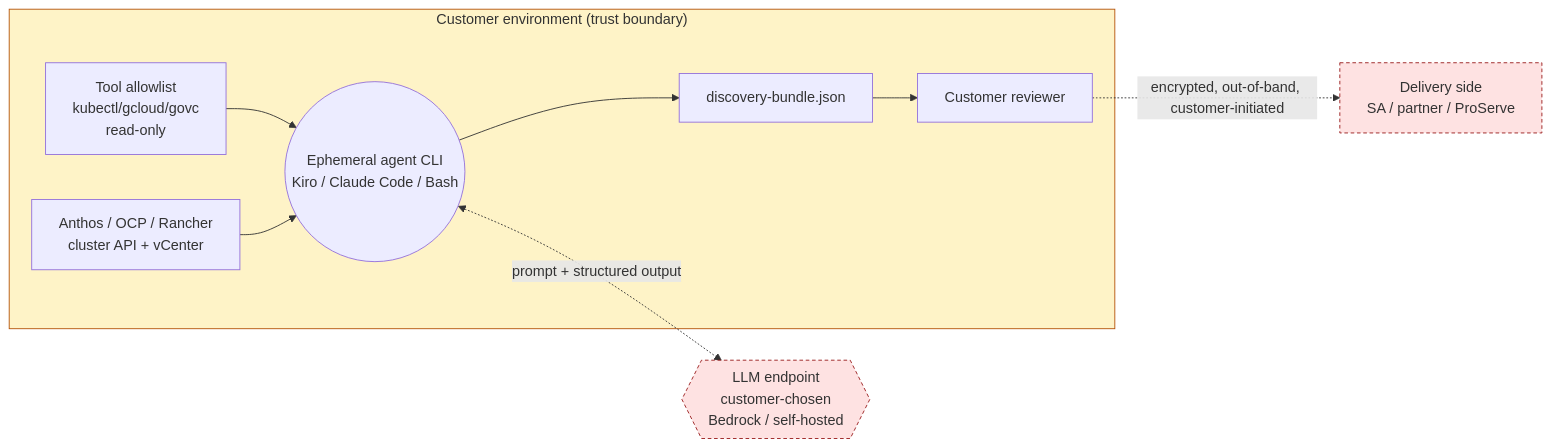
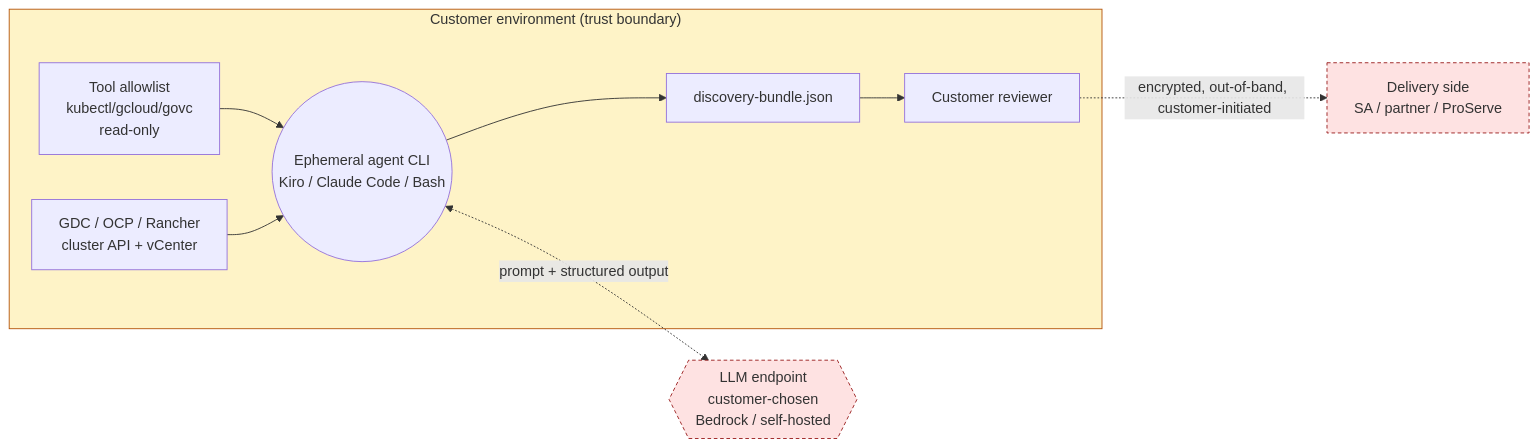
Before and after one commit to snese/agentic-container-migration-framework: the third of 4 diagrams in docs/architecture/diagrams.md, drawn with Mermaid. The commit also changed other lines of this file and 39 other files, not shown here.

````diff
--- a/docs/architecture/diagrams.md
+++ b/docs/architecture/diagrams.md
@@ -95,26 +96,26 @@
 ```mermaid
 flowchart LR
     subgraph CUST["Customer environment (trust boundary)"]
-        K[Anthos / OCP / Rancher<br/>cluster API + vCenter]
+        K[GDC / OCP / Rancher<br/>cluster API + vCenter]
         TA[Tool allowlist<br/>kubectl/gcloud/govc<br/>read-only]
         AG((Ephemeral agent CLI<br/>Kiro / Claude Code / Bash))
         BUN[discovery-bundle.json]
         H[Customer reviewer]
 
         TA --> AG
         K --> AG
         AG --> BUN
         BUN --> H
     end
 
     LLM{{LLM endpoint<br/>customer-chosen<br/>Bedrock / self-hosted}}
     AG <-.prompt + structured output.-> LLM
 
     DEL[Delivery side<br/>SA / partner / ProServe]
     H -.encrypted, out-of-band, customer-initiated.-> DEL
 
     classDef trust fill:#fef3c7,stroke:#b45309;
     classDef ext fill:#fee2e2,stroke:#991b1b,stroke-dasharray:4 3;
     class CUST trust;
     class LLM,DEL ext;
 ```
````
